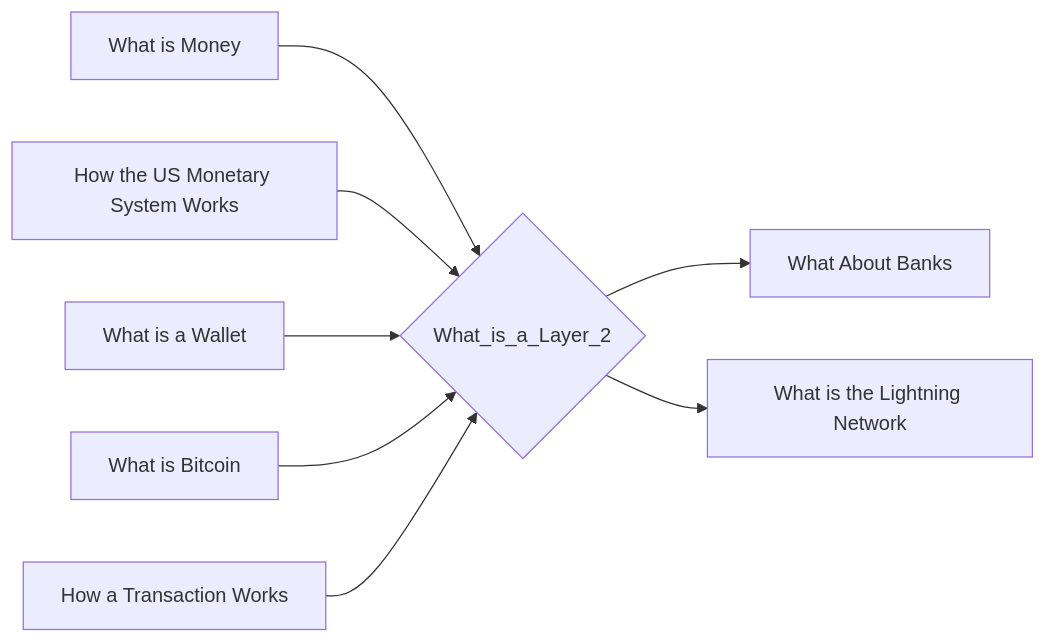
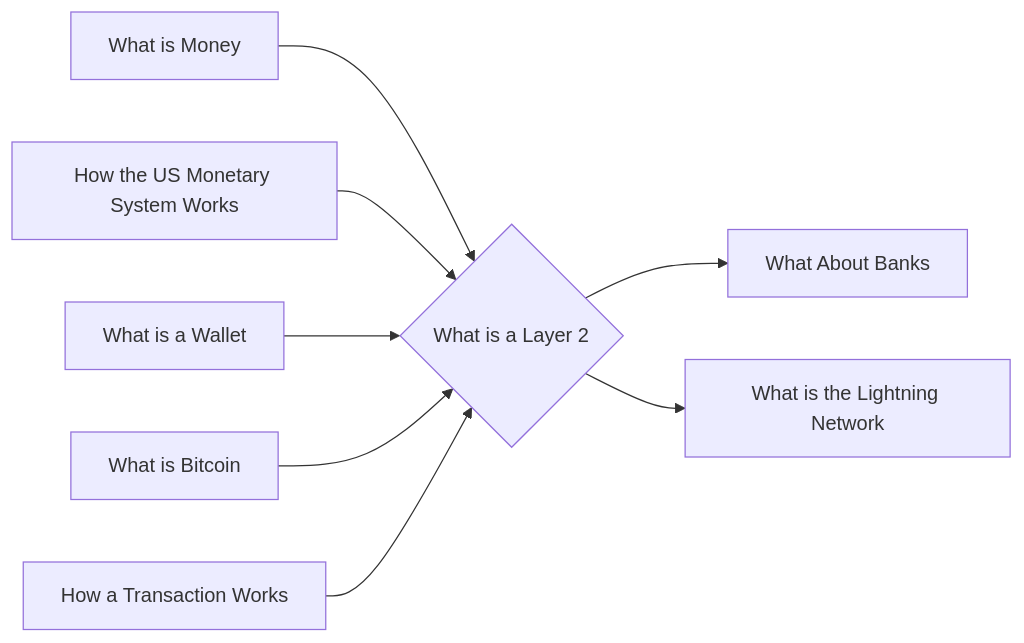
The diagram in notes/What_is_a_Layer_2.md (lpurdy01/crypto-knowledge-map), drawn with Mermaid before and after one commit. The commit also changed 58 other files, not shown here.

````diff
--- a/notes/What_is_a_Layer_2.md
+++ b/notes/What_is_a_Layer_2.md
@@ -17,10 +17,10 @@
 ```mermaid
 graph LR
-1["What is Money"]-->0{"What_is_a_Layer_2"}
-2["How the US Monetary System Works"]-->0{"What_is_a_Layer_2"}
-3["What is a Wallet"]-->0{"What_is_a_Layer_2"}
-4["What is Bitcoin"]-->0{"What_is_a_Layer_2"}
-5["How a Transaction Works"]-->0{"What_is_a_Layer_2"}
-0{"What_is_a_Layer_2"}-->6["What About Banks"]
-0{"What_is_a_Layer_2"}-->7["What is the Lightning Network"]
+1["What is Money"]-->0{"What is a Layer 2"}
+2["How the US Monetary System Works"]-->0{"What is a Layer 2"}
+3["What is a Wallet"]-->0{"What is a Layer 2"}
+4["What is Bitcoin"]-->0{"What is a Layer 2"}
+5["How a Transaction Works"]-->0{"What is a Layer 2"}
+0{"What is a Layer 2"}-->6["What About Banks"]
+0{"What is a Layer 2"}-->7["What is the Lightning Network"]
 ```
````
